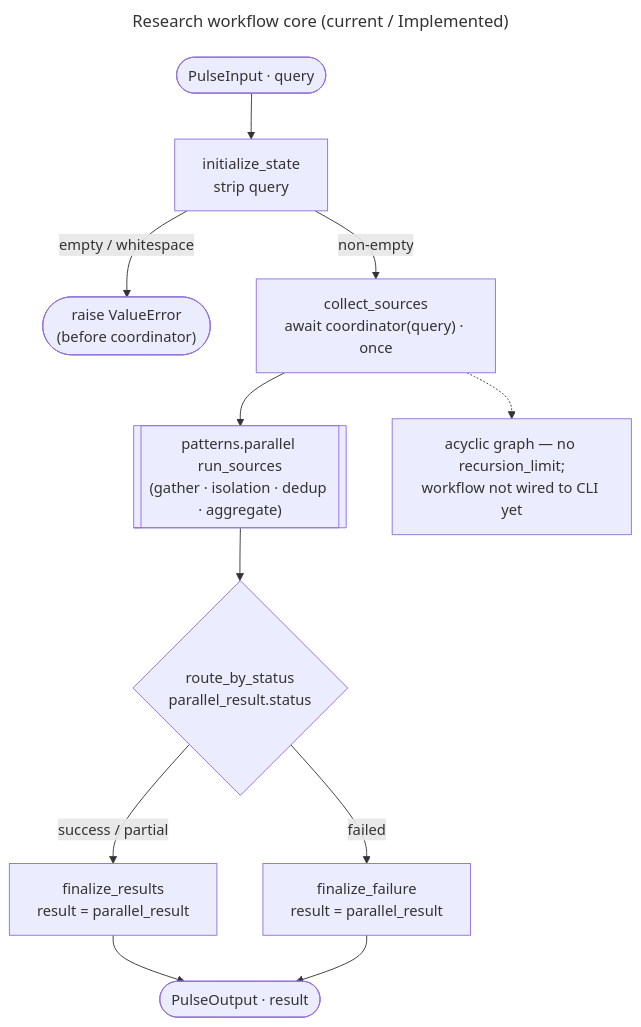
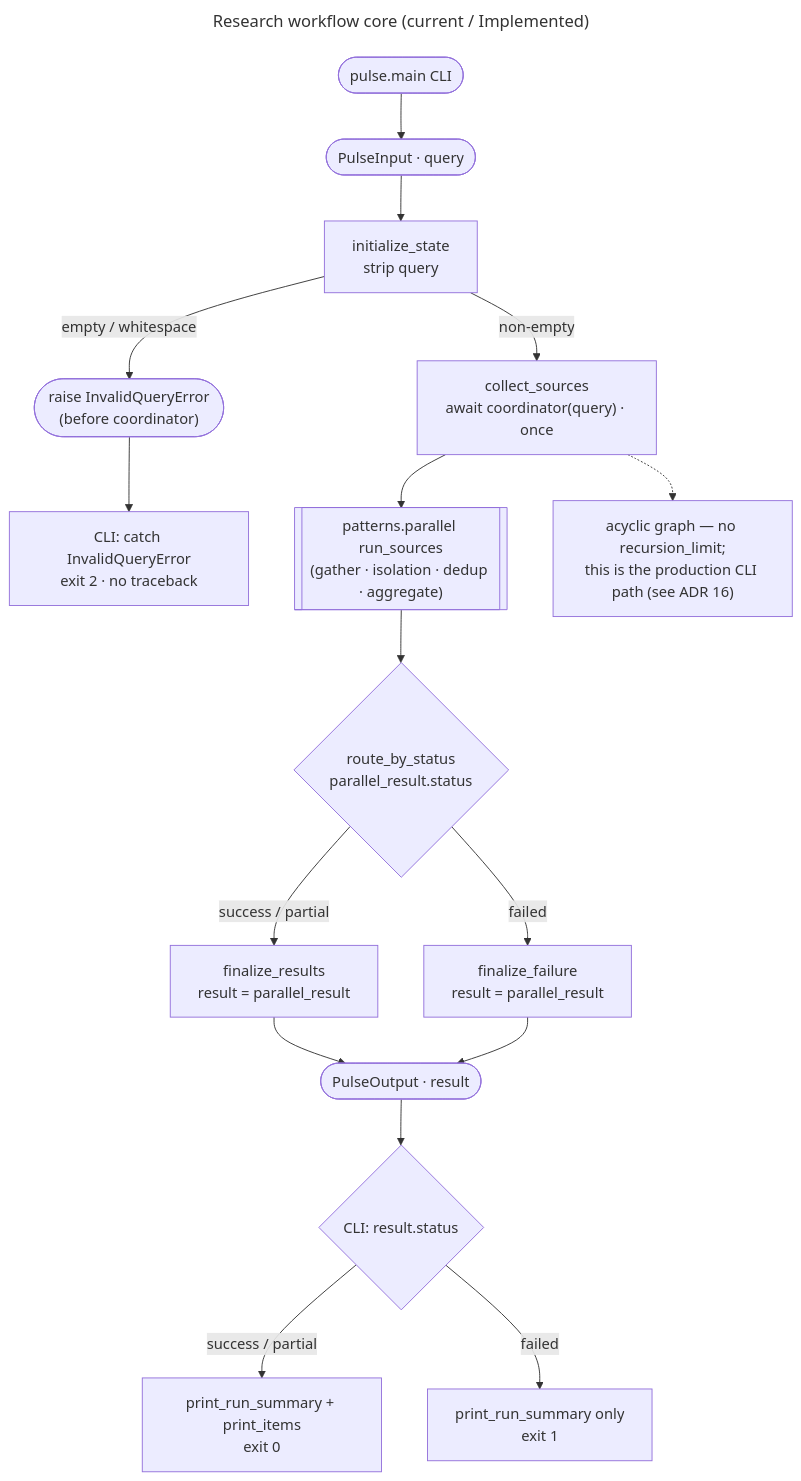
The diagram in docs/architecture/flows/research-workflow.mmd (VladislavLobakh/pulse), drawn with Mermaid before and after one commit. The commit also changed 8 other files, not shown here.

First line of the commit message:
Wire the research workflow graph into the production CLI

```diff
--- a/docs/architecture/flows/research-workflow.mmd
+++ b/docs/architecture/flows/research-workflow.mmd
@@ -1,16 +1,21 @@
 ---
 title: "Research workflow core (current / Implemented)"
 ---
 flowchart TD
-    start([PulseInput · query]) --> init["initialize_state<br/>strip query"]
-    init -- "empty / whitespace" --> err(["raise ValueError<br/>(before coordinator)"])
+    cli(["pulse.main CLI"]) --> start([PulseInput · query])
+    start --> init["initialize_state<br/>strip query"]
+    init -- "empty / whitespace" --> err(["raise InvalidQueryError<br/>(before coordinator)"])
+    err --> exitInput["CLI: catch InvalidQueryError<br/>exit 2 · no traceback"]
     init -- "non-empty" --> collect["collect_sources<br/>await coordinator(query) · once"]
     collect --> coord[["patterns.parallel run_sources<br/>(gather · isolation · dedup · aggregate)"]]
     coord --> route{"route_by_status<br/>parallel_result.status"}
     route -- "success / partial" --> okNode["finalize_results<br/>result = parallel_result"]
     route -- "failed" --> failNode["finalize_failure<br/>result = parallel_result"]
     okNode --> done([PulseOutput · result])
     failNode --> done
+    done --> dispCheck{"CLI: result.status"}
+    dispCheck -- "success / partial" --> exitOk["print_run_summary + print_items<br/>exit 0"]
+    dispCheck -- "failed" --> exitFail["print_run_summary only<br/>exit 1"]
 
-    note["acyclic graph — no recursion_limit;<br/>workflow not wired to CLI yet"]
+    note["acyclic graph — no recursion_limit;<br/>this is the production CLI path (see ADR 16)"]
     collect -.-> note
```
